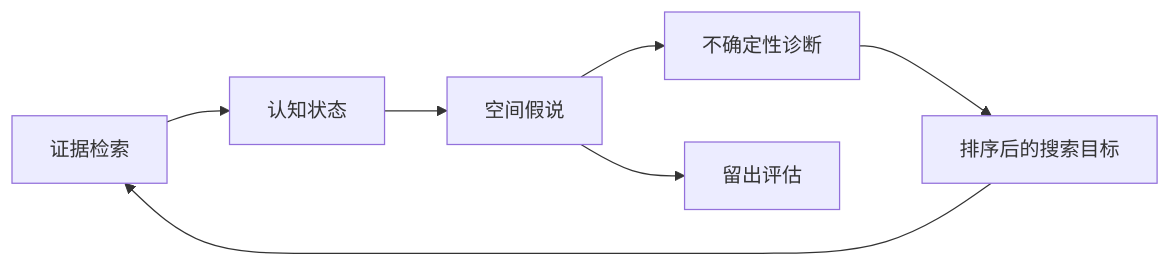
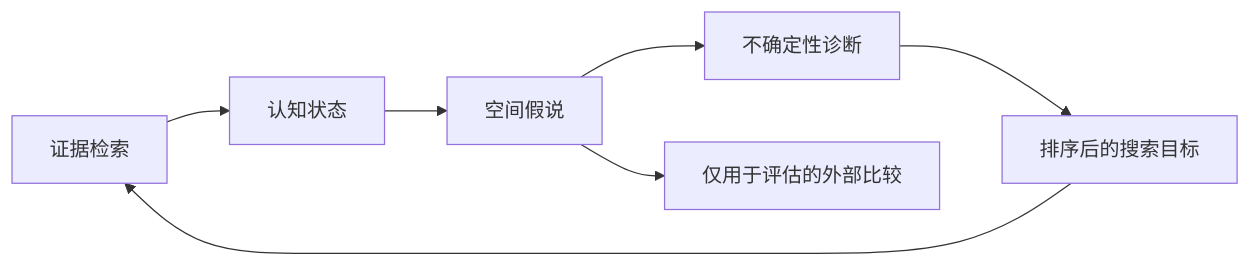
The diagram in README.zh-CN.md (shio-vinyl/evidence-driven-historical-geo), drawn with Mermaid before and after one commit. The commit also changed other lines of this file and 1 other file, not shown here.

````diff
--- a/README.zh-CN.md
+++ b/README.zh-CN.md
@@ -11,9 +11,9 @@
 ```mermaid
 flowchart LR
     A[证据检索] --> B[认知状态]
     B --> C[空间假说]
     C --> D[不确定性诊断]
     D --> E[排序后的搜索目标]
     E --> A
-    C --> F[留出评估]
+    C --> F[仅用于评估的外部比较]
 ```
````
